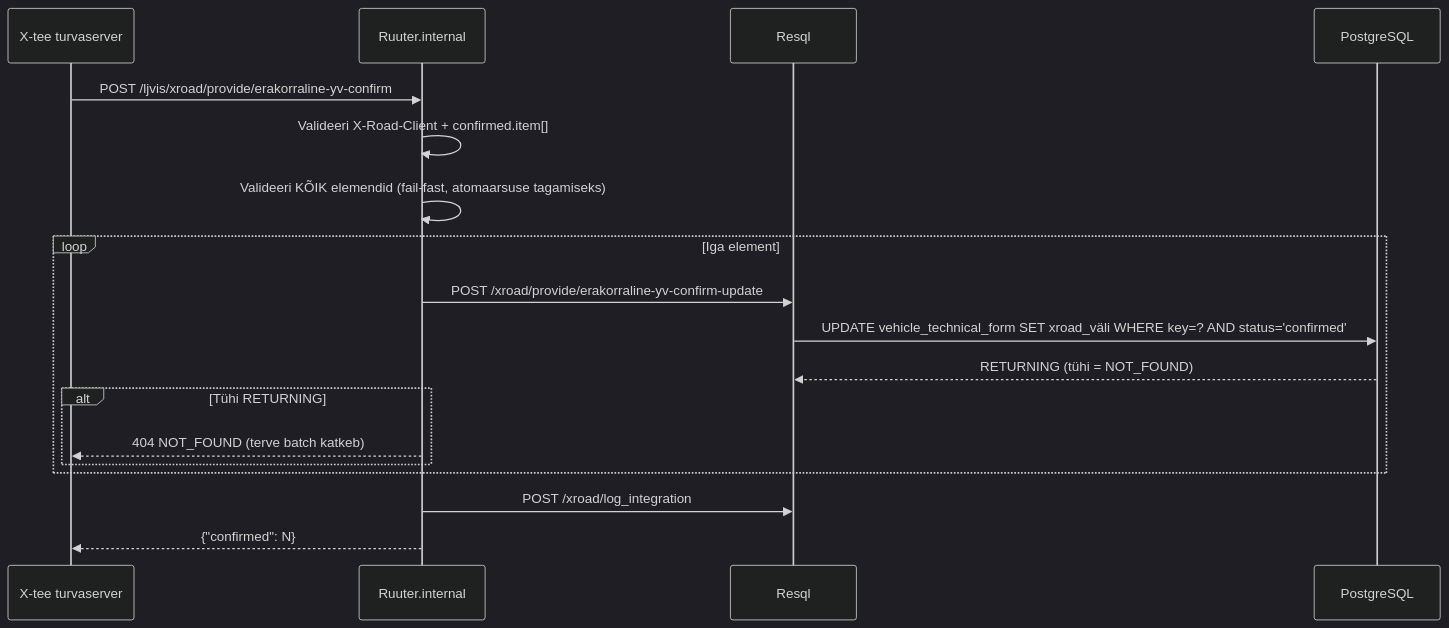
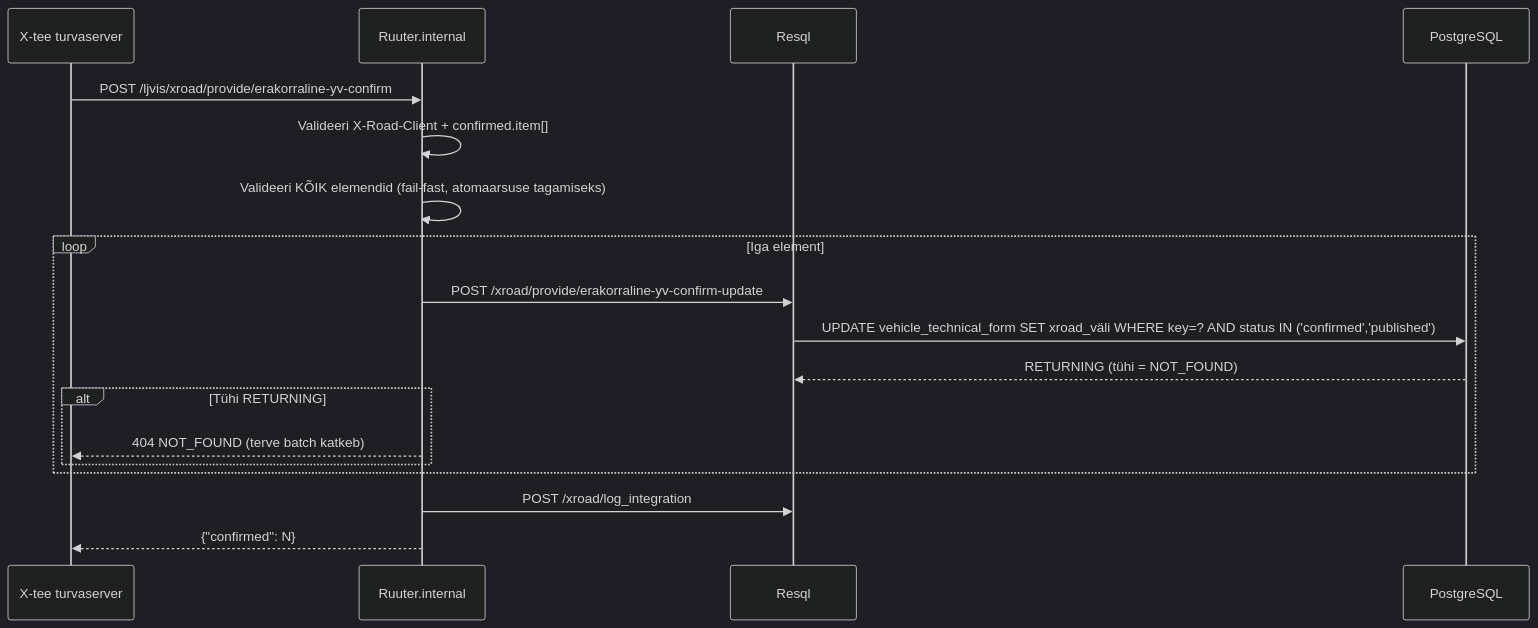
One commit to kemit-ee/ljvis-2 changed the diagram in docs/xtee/04-erakorraline-yv-confirm.md. Above: the diagram before and after it, drawn with Mermaid (dark theme). The commit also changed other lines of this file and 4 other files, not shown here.

````diff
--- a/docs/xtee/04-erakorraline-yv-confirm.md
+++ b/docs/xtee/04-erakorraline-yv-confirm.md
@@ -58,21 +58,21 @@
 ```mermaid
 sequenceDiagram
     participant VS as X-tee turvaserver
     participant RI as Ruuter.internal
     participant RS as Resql
     participant DB as PostgreSQL
 
     VS->>RI: POST /ljvis/xroad/provide/erakorraline-yv-confirm
     RI->>RI: Valideeri X-Road-Client + confirmed.item[]
     RI->>RI: Valideeri KÕIK elemendid (fail-fast, atomaarsuse tagamiseks)
     loop Iga element
         RI->>RS: POST /xroad/provide/erakorraline-yv-confirm-update
-        RS->>DB: UPDATE vehicle_technical_form SET xroad_väli WHERE key=? AND status='confirmed'
+        RS->>DB: UPDATE vehicle_technical_form SET xroad_väli WHERE key=? AND status IN ('confirmed','published')
         DB-->>RS: RETURNING (tühi = NOT_FOUND)
         alt Tühi RETURNING
             RI-->>VS: 404 NOT_FOUND (terve batch katkeb)
         end
     end
     RI->>RS: POST /xroad/log_integration
     RI-->>VS: {"confirmed": N}
 ```
````
